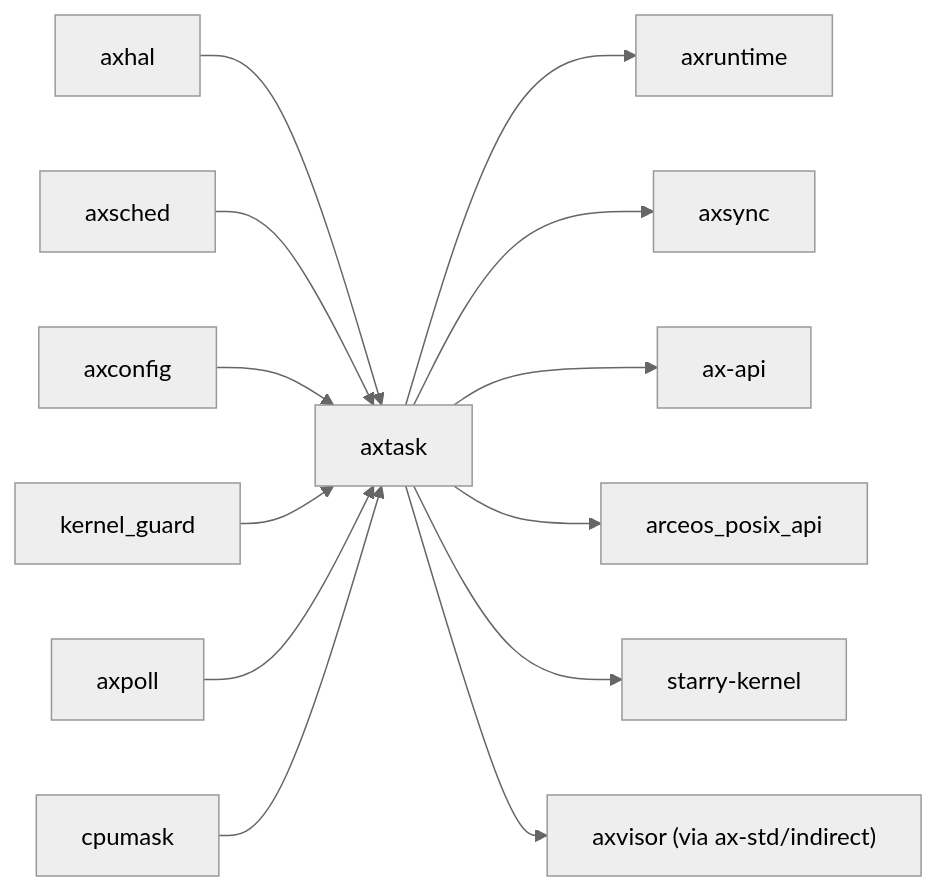
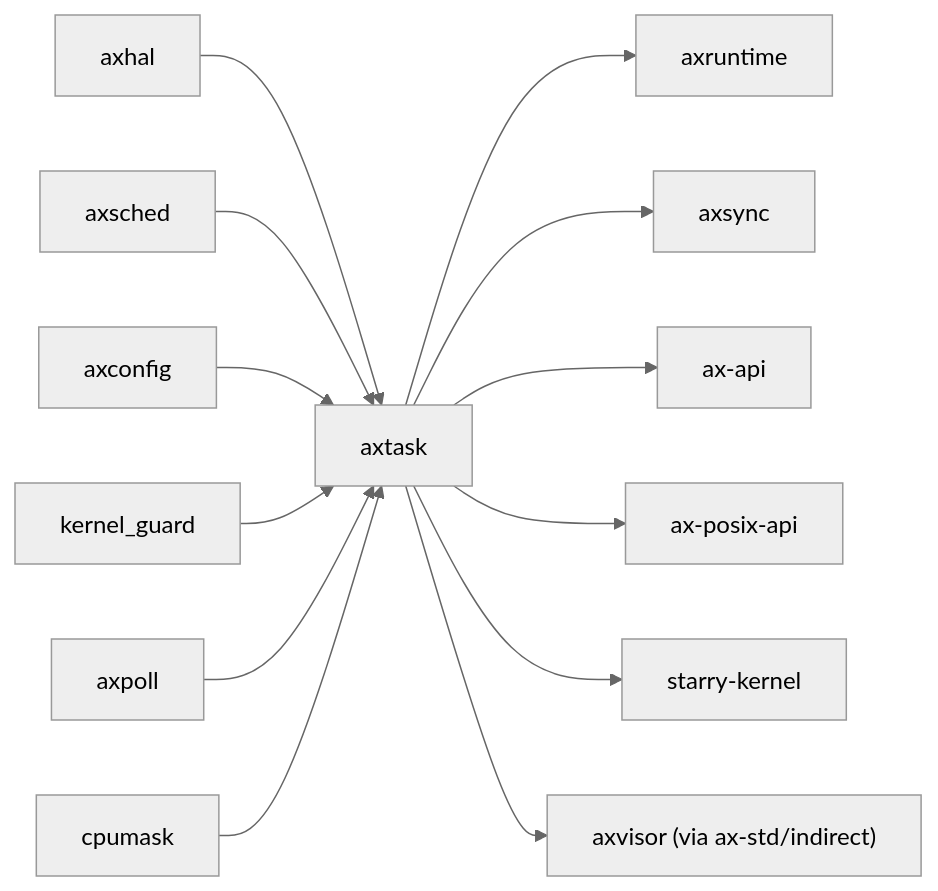
One commit to zKurisu/tgoskits changed the second of 2 diagrams in docs/crates/axtask.md. Above: the diagram before and after it, drawn with Mermaid (neutral theme). The commit also changed other lines of this file and 39 other files, not shown here.

Commit message:
rename arceos_posix_api to ax-posix-api

````diff
--- a/docs/crates/axtask.md
+++ b/docs/crates/axtask.md
@@ -122,16 +122,16 @@
 ```mermaid
 graph LR
     axhal["axhal"] --> axtask["axtask"]
     axsched["axsched"] --> axtask
     axconfig["axconfig"] --> axtask
     kernel_guard["kernel_guard"] --> axtask
     axpoll["axpoll"] --> axtask
     cpumask["cpumask"] --> axtask
 
     axtask --> axruntime["axruntime"]
     axtask --> axsync["axsync"]
     axtask --> ax-api["ax-api"]
-    axtask --> arceos_posix_api["arceos_posix_api"]
+    axtask --> ax-posix-api["ax-posix-api"]
     axtask --> starry["starry-kernel"]
     axtask --> axvisor["axvisor (via ax-std/indirect)"]
 ```
````
